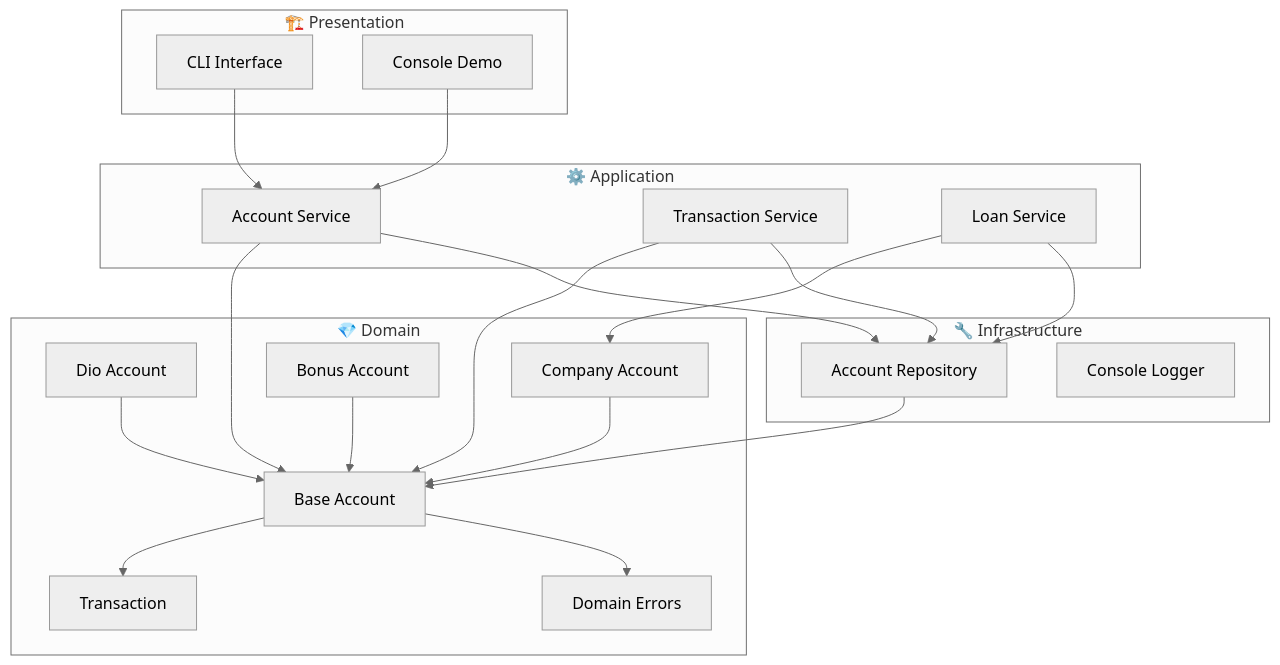
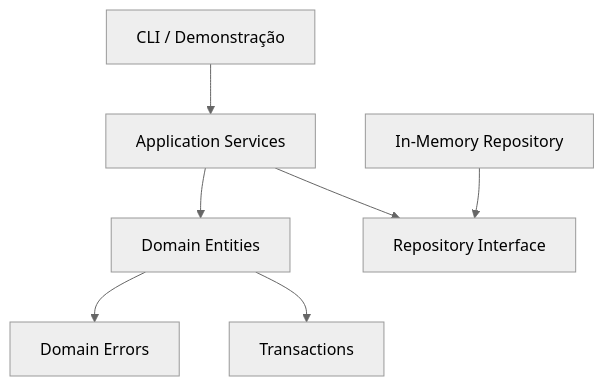
The diagram in README.md (matheusflorindo32/dio-bank-pro), drawn with Mermaid (neutral theme) before and after one commit. The commit also changed other lines of this file, not shown here.

Commit message:
docs: revisar posicionamento e documentação do DIO Bank

````diff
--- a/README.md
+++ b/README.md
@@ -63,42 +67,9 @@
 ```mermaid
-graph TB
-    subgraph "🏗️ Presentation"
-        CLI[CLI Interface]
-        CON[Console Demo]
-    end
-    
-    subgraph "⚙️ Application"
-        AS[Account Service]
-        TS[Transaction Service]
-        LS[Loan Service]
-    end
-    
-    subgraph "💎 Domain"
-        BA[Base Account]
-        DA[Dio Account]
-        CA[Company Account]
-        BOA[Bonus Account]
-        TR[Transaction]
-        ERR[Domain Errors]
-    end
-    
-    subgraph "🔧 Infrastructure"
-        AR[Account Repository]
-        LG[Console Logger]
-    end
-    
-    CLI --> AS
-    CON --> AS
-    AS --> BA
-    TS --> BA
-    LS --> CA
-    AS --> AR
-    TS --> AR
-    LS --> AR
-    AR --> BA
-    BA --> TR
-    BA --> ERR
-    DA --> BA
-    CA --> BA
-    BOA --> BA
+graph TD
+    A[CLI / Demonstração] --> B[Application Services]
+    B --> C[Domain Entities]
+    B --> D[Repository Interface]
+    E[In-Memory Repository] --> D
+    C --> F[Domain Errors]
+    C --> G[Transactions]
 ```
````
